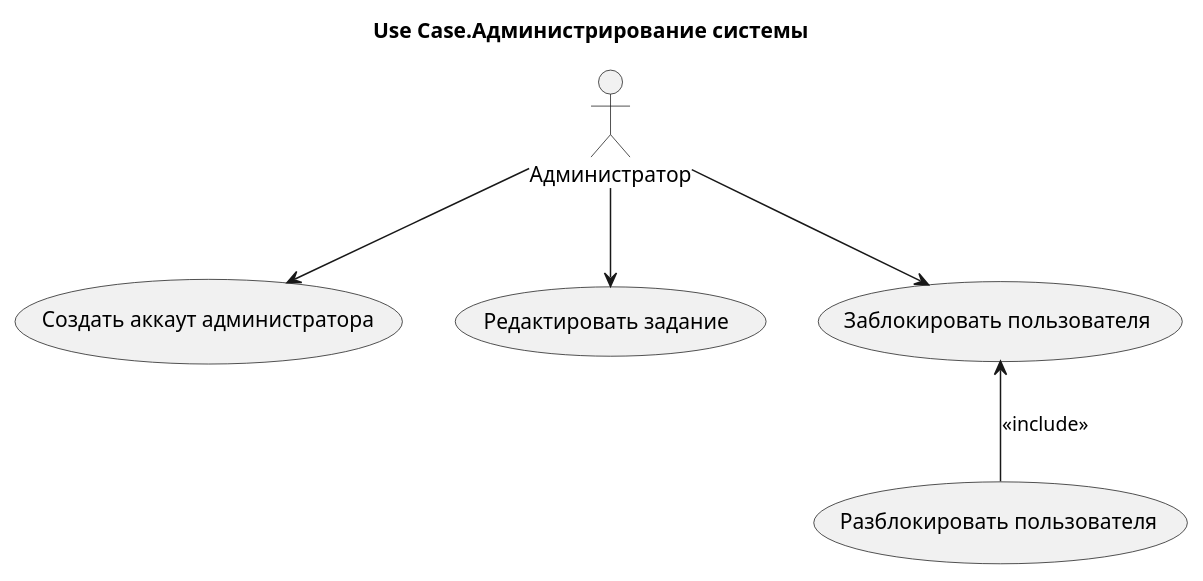
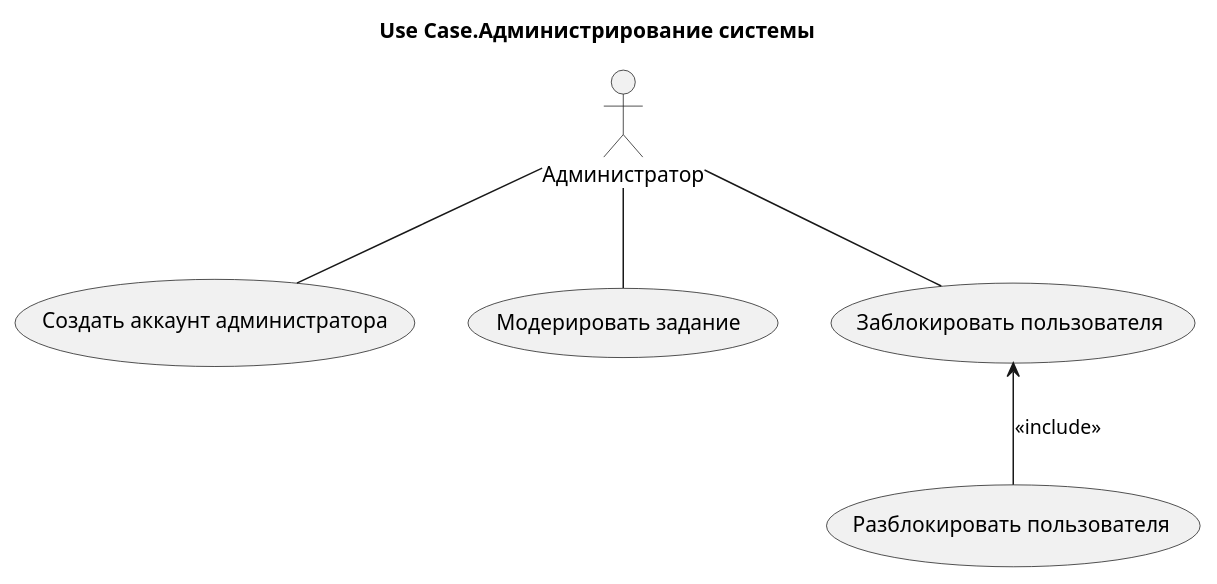
The diagram in architecture/Use Cases/System-Administration.puml (den990/daPomogu), drawn with PlantUML before and after one commit. The commit also changed 12 other files, not shown here.

Commit message:
Изменены Use Cases и Добавлены UMLActivity/States/Sequence

```diff
--- a/architecture/Use Cases/System-Administration.puml
+++ b/architecture/Use Cases/System-Administration.puml
@@ -1,14 +1,13 @@
 @startuml
-
 skinparam style classic
 
 title Use Case.Администрирование системы
 
 :Администратор:
 
-Администратор --> (Создать аккаут администратора)
-Администратор --> (Редактировать задание)
-Администратор --> (Заблокировать пользователя)
+Администратор -- (Создать аккаунт администратора)
+Администратор -- (Модерировать задание)
+Администратор -- (Заблокировать пользователя)
 (Заблокировать пользователя) <-- (Разблокировать пользователя) : <<include>>
 
 @enduml
```
